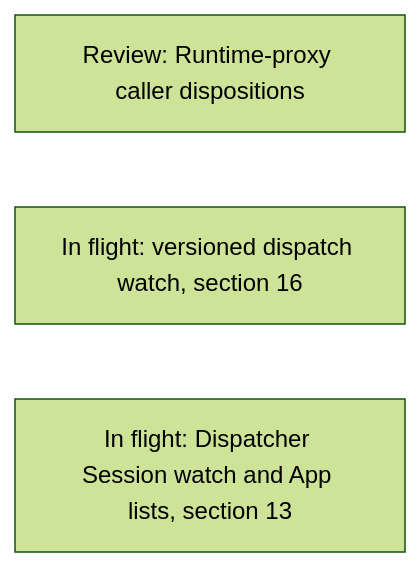
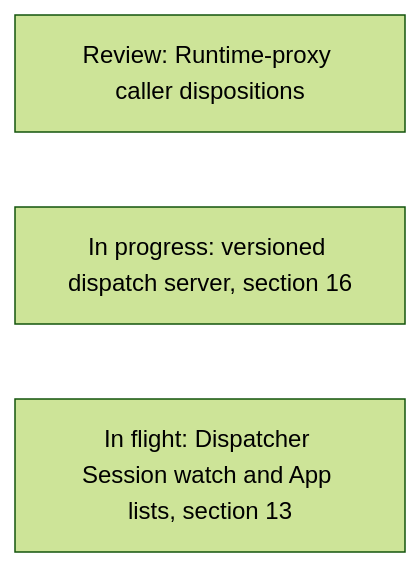
The first of 20 diagrams in agentplane/plans/task_dag.md (agentydragon/ducktape), drawn with Mermaid (forest theme) before and after one commit. The commit also changed other lines of this file and 19 other files, not shown here.

Commit message:
Read versioned dispatch changes with resumable watch checkpoints

````diff
--- a/agentplane/plans/task_dag.md
+++ b/agentplane/plans/task_dag.md
@@ -206,6 +206,6 @@
 ```mermaid
 flowchart LR
     RUNTIME_PROXY_CALLER_AUDIT[Review: Runtime-proxy caller dispositions]
-    DISPATCHER_WATCH_VERSIONS[In flight: versioned dispatch watch, section 16]
+    DISPATCHER_WATCH_RESUMABLE_SERVER[In progress: versioned dispatch server, section 16]
     DISPATCHER_SESSION_WATCH[In flight: Dispatcher Session watch and App lists, section 13]
 ```
````
